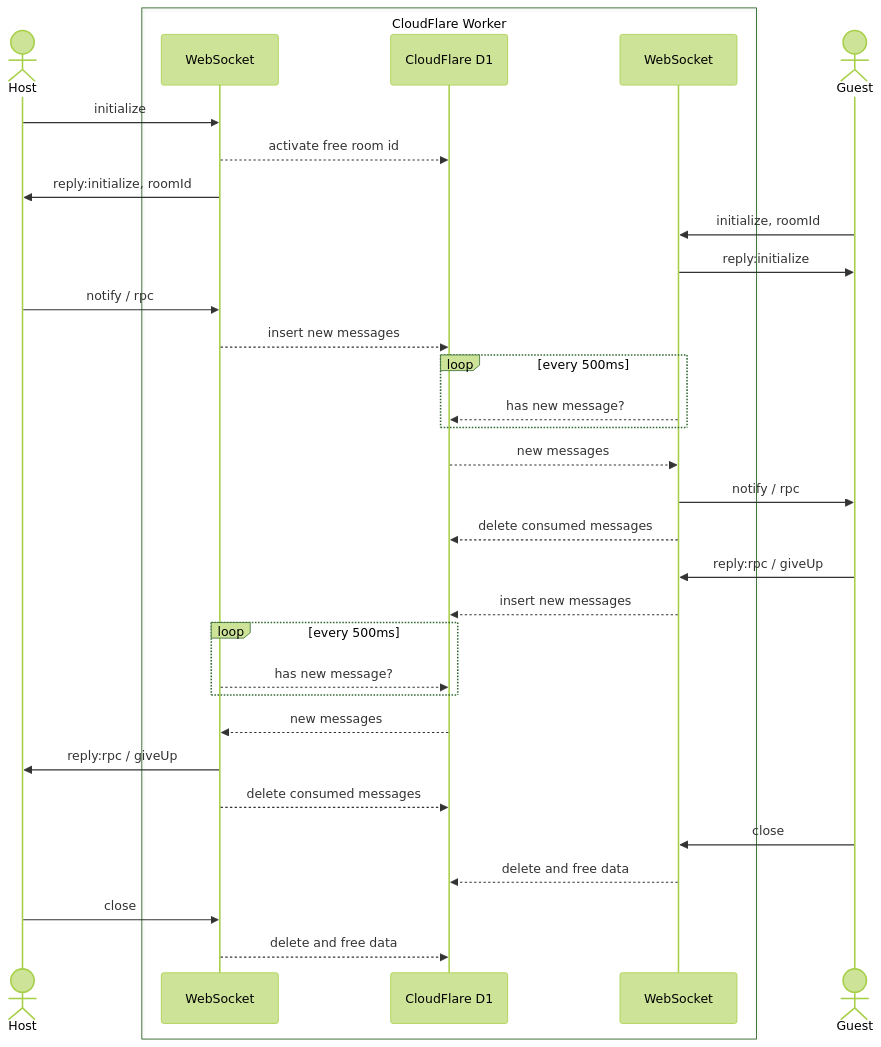
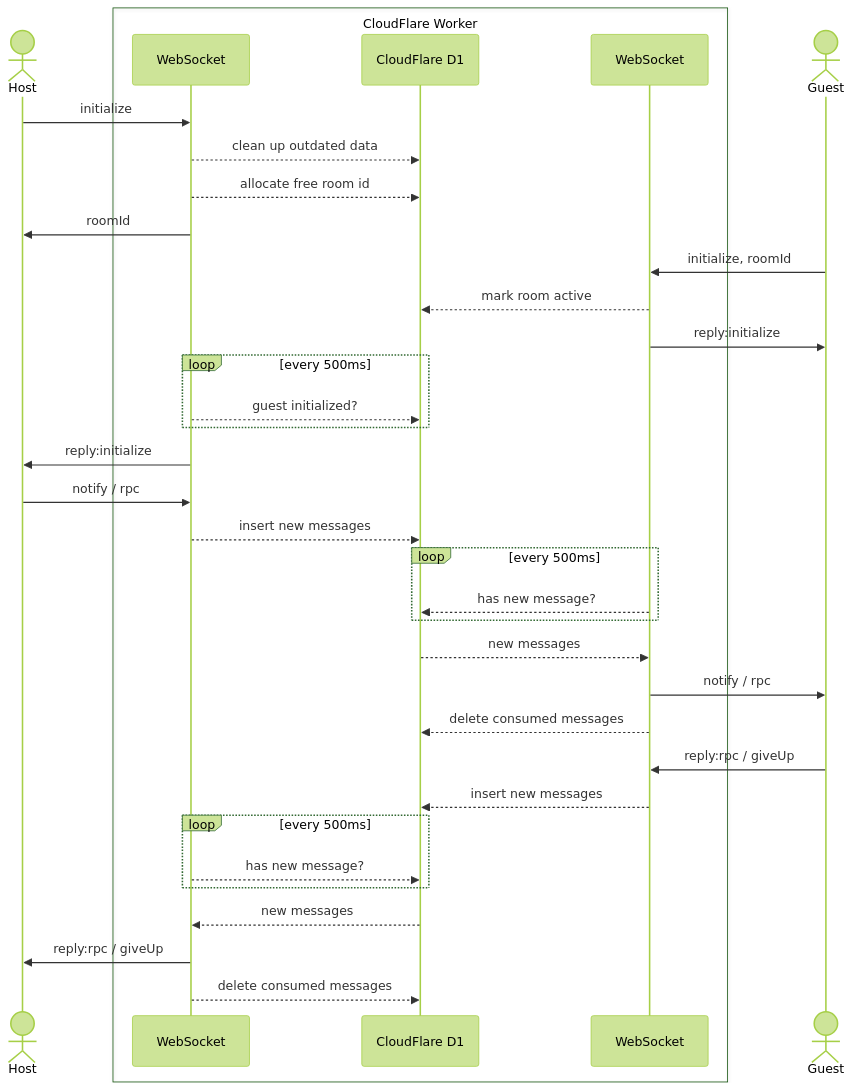
Before and after one commit to guyutongxue/genius-invokation: the diagram in packages/pvp-worker/README.md, drawn with Mermaid (forest theme). The commit also changed other lines of this file and 2 other files, not shown here.

Commit message:
clean up on next connect

````diff
--- a/packages/pvp-worker/README.md
+++ b/packages/pvp-worker/README.md
@@ -7,36 +7,38 @@
 ```mermaid
 sequenceDiagram
   actor Host
   box CloudFlare Worker
     participant wsHost as WebSocket
     participant DB as CloudFlare D1
     participant wsGuest as WebSocket
   end
   actor Guest
 
   Host->>wsHost: initialize
-  wsHost-->>DB: activate free room id
-  wsHost->>Host: reply:initialize, roomId
+  wsHost-->>DB: clean up outdated data
+  wsHost-->>DB: allocate free room id
+  wsHost->>Host: roomId
   Guest->>wsGuest: initialize, roomId
+  wsGuest-->>DB: mark room active
   wsGuest->>Guest: reply:initialize
+  loop every 500ms
+    wsHost-->>DB: guest initialized?
+  end
+  wsHost->>Host: reply:initialize
   Host->>wsHost: notify / rpc
   wsHost-->>DB: insert new messages
   loop every 500ms
     wsGuest-->>DB: has new message?
   end
   DB-->>wsGuest: new messages
   wsGuest->>Guest: notify / rpc
   wsGuest-->>DB: delete consumed messages
   Guest->>wsGuest: reply:rpc / giveUp
   wsGuest-->>DB: insert new messages
   loop every 500ms
     wsHost-->>DB: has new message?
   end
   DB-->>wsHost: new messages
   wsHost->>Host: reply:rpc / giveUp
   wsHost-->>DB: delete consumed messages
-  Guest->>wsGuest: close
-  wsGuest-->>DB: delete and free data
-  Host->>wsHost: close
-  wsHost-->>DB: delete and free data
 ```
````
